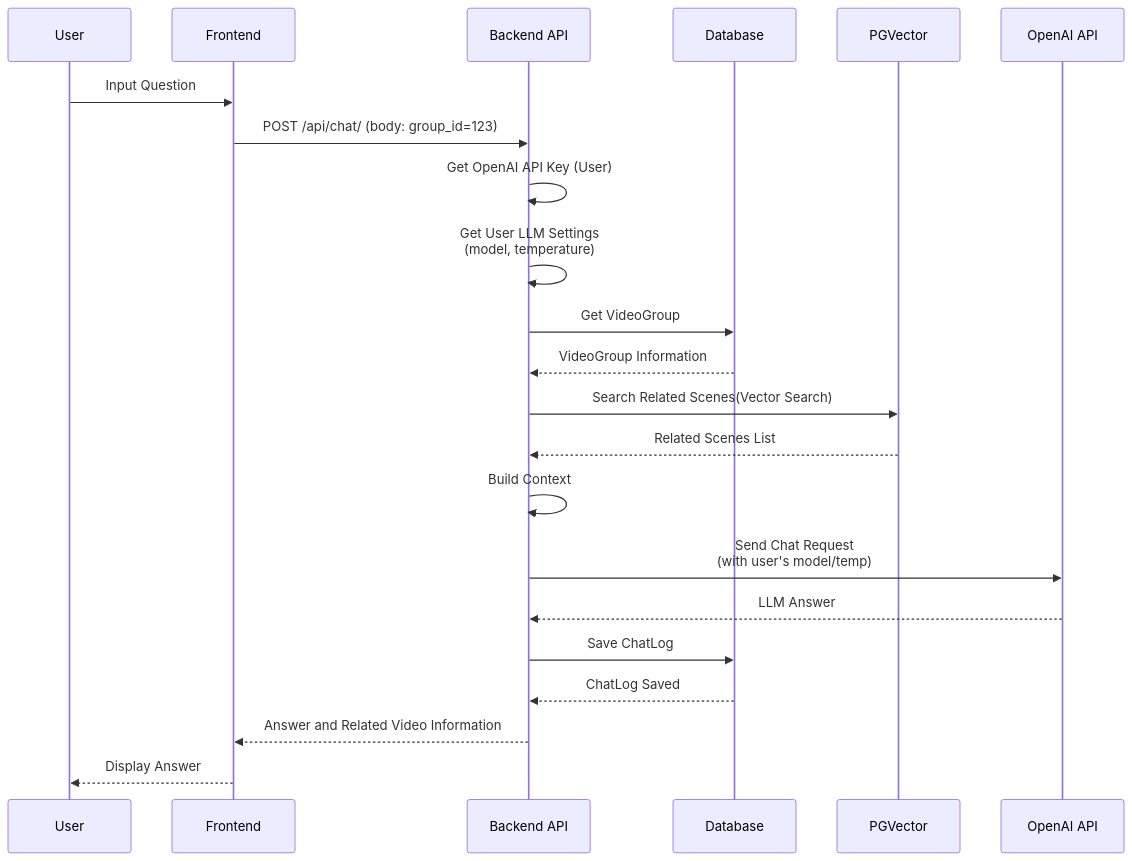
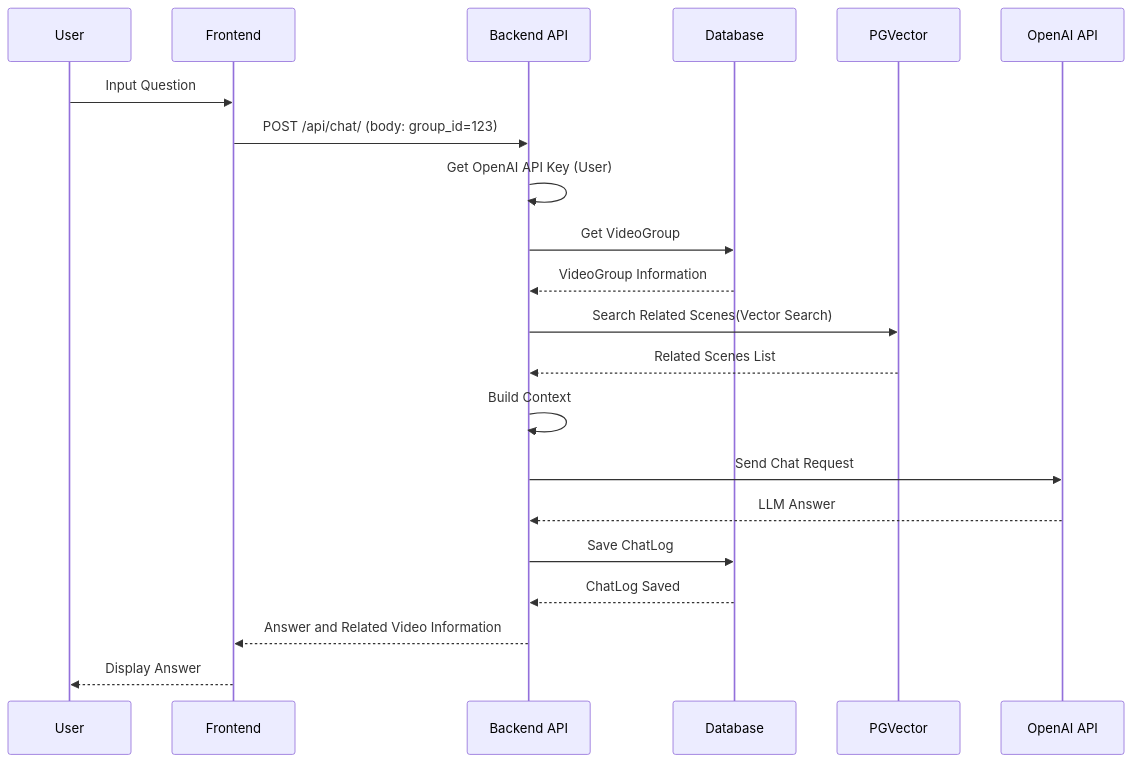
One commit to yukiharada1228/videoq changed the second of 7 diagrams in docs/design/sequence-diagram.md. Above: the diagram before and after it, drawn with Mermaid. The commit also changed other lines of this file and 6 other files, not shown here.

First line of the commit message:
docs: remove references to deleted Per-User LLM Settings feature

````diff
--- a/docs/design/sequence-diagram.md
+++ b/docs/design/sequence-diagram.md
@@ -67,25 +67,24 @@
 ```mermaid
 sequenceDiagram
     participant User as User
     participant Frontend as Frontend
     participant Backend as Backend API
     participant DB as Database
     participant PGVector as PGVector
     participant OpenAI as OpenAI API
 
     User->>Frontend: Input Question
     Frontend->>Backend: POST /api/chat/ (body: group_id=123)
     Backend->>Backend: Get OpenAI API Key (User)
-    Backend->>Backend: Get User LLM Settings<br/>(model, temperature)
     Backend->>DB: Get VideoGroup
     DB-->>Backend: VideoGroup Information
     Backend->>PGVector: Search Related Scenes(Vector Search)
     PGVector-->>Backend: Related Scenes List
     Backend->>Backend: Build Context
-    Backend->>OpenAI: Send Chat Request<br/>(with user's model/temp)
+    Backend->>OpenAI: Send Chat Request
     OpenAI-->>Backend: LLM Answer
     Backend->>DB: Save ChatLog
     DB-->>Backend: ChatLog Saved
     Backend-->>Frontend: Answer and Related Video Information
     Frontend-->>User: Display Answer
 ```
````
